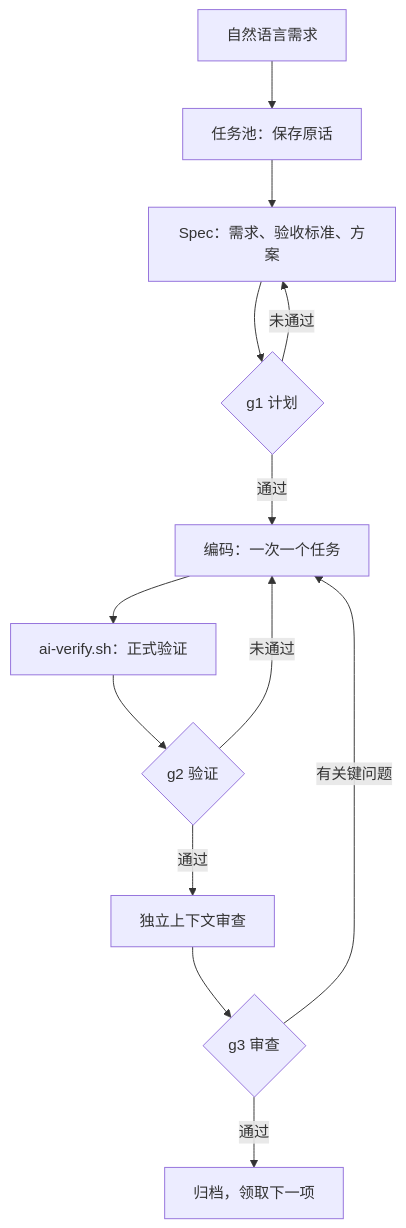
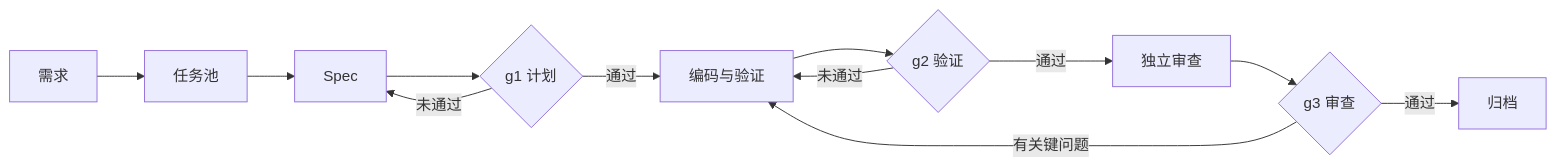
Before and after one commit to Alan-IFT/ai-harness-scaffold: the first of 2 diagrams in README.md, drawn with Mermaid. The commit also changed other lines of this file and 1 other file, not shown here.

Commit message:
docs: lay out README diagrams horizontally

````diff
--- a/README.md
+++ b/README.md
@@ -83,15 +83,14 @@
 ```mermaid
-flowchart TD
-    A["自然语言需求"] --> B["任务池：保存原话"]
-    B --> C["Spec：需求、验收标准、方案"]
+flowchart LR
+    A["需求"] --> B["任务池"]
+    B --> C["Spec"]
     C --> G1{"g1 计划"}
     G1 -- 未通过 --> C
-    G1 -- 通过 --> D["编码：一次一个任务"]
-    D --> V["ai-verify.sh：正式验证"]
-    V --> G2{"g2 验证"}
+    G1 -- 通过 --> D["编码与验证"]
+    D --> G2{"g2 验证"}
     G2 -- 未通过 --> D
-    G2 -- 通过 --> R["独立上下文审查"]
+    G2 -- 通过 --> R["独立审查"]
     R --> G3{"g3 审查"}
     G3 -- 有关键问题 --> D
-    G3 -- 通过 --> E["归档，领取下一项"]
+    G3 -- 通过 --> E["归档"]
 ```
````
